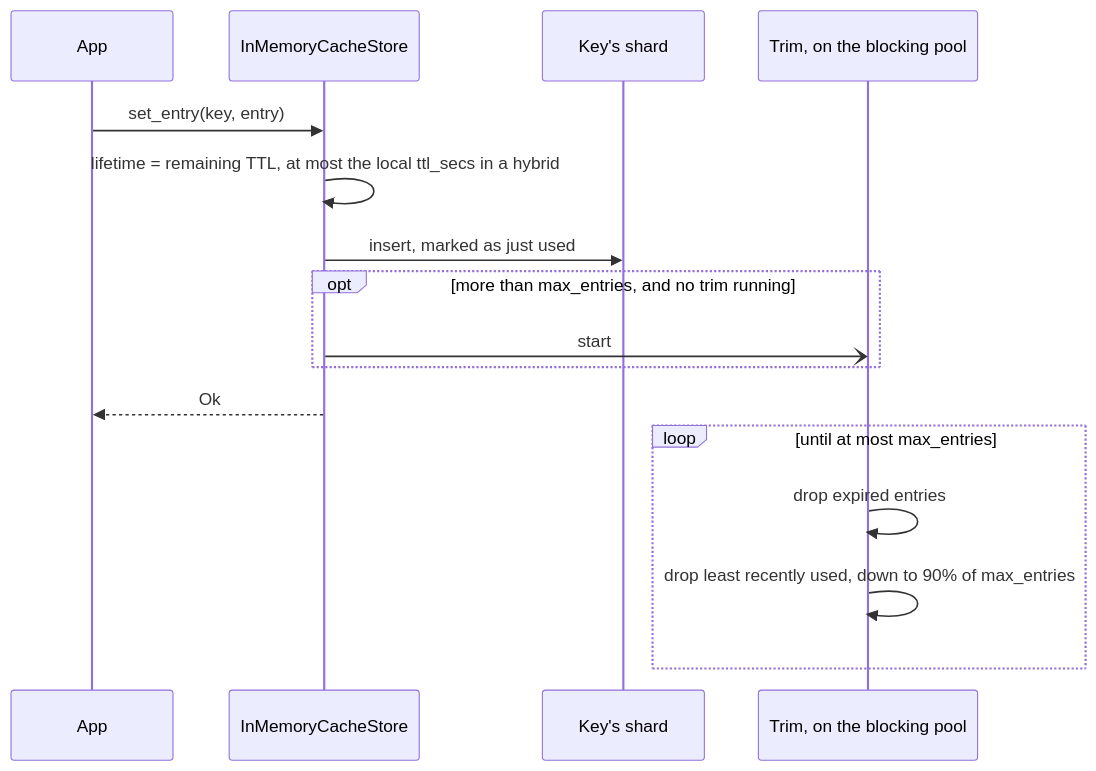
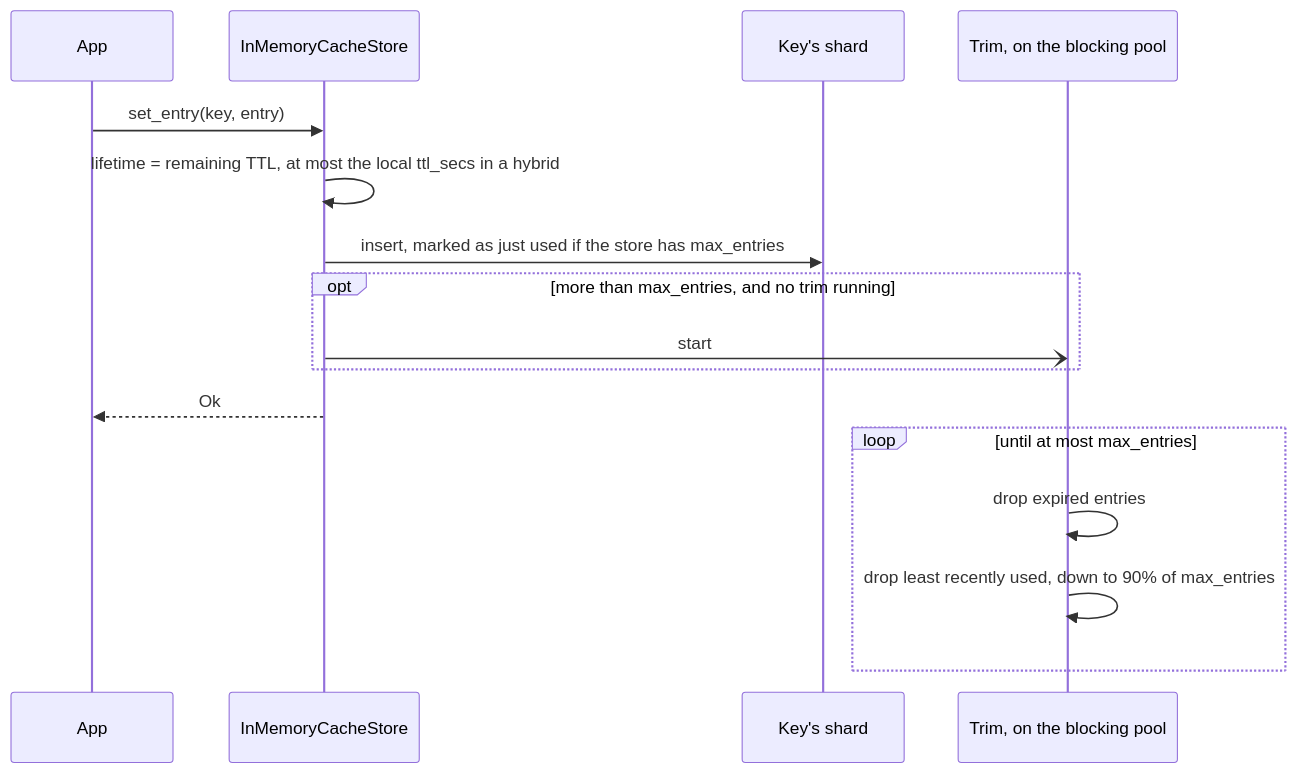
One commit to sisaio/sisa-caching-rs changed the second of 8 diagrams in docs/02-flows.md. Above: the diagram before and after it, drawn with Mermaid. The commit also changed other lines of this file and 2 other files, not shown here.

````diff
--- a/docs/02-flows.md
+++ b/docs/02-flows.md
@@ -63,19 +63,19 @@
 ```mermaid
 sequenceDiagram
     participant App
     participant Store as InMemoryCacheStore
     participant Shard as Key's shard
     participant Trim as Trim, on the blocking pool
 
     App->>Store: set_entry(key, entry)
     Store->>Store: lifetime = remaining TTL, at most the local ttl_secs in a hybrid
-    Store->>Shard: insert, marked as just used
+    Store->>Shard: insert, marked as just used if the store has max_entries
     opt more than max_entries, and no trim running
         Store-)Trim: start
     end
     Store-->>App: Ok
     loop until at most max_entries
         Trim->>Trim: drop expired entries
         Trim->>Trim: drop least recently used, down to 90% of max_entries
     end
 ```
````
